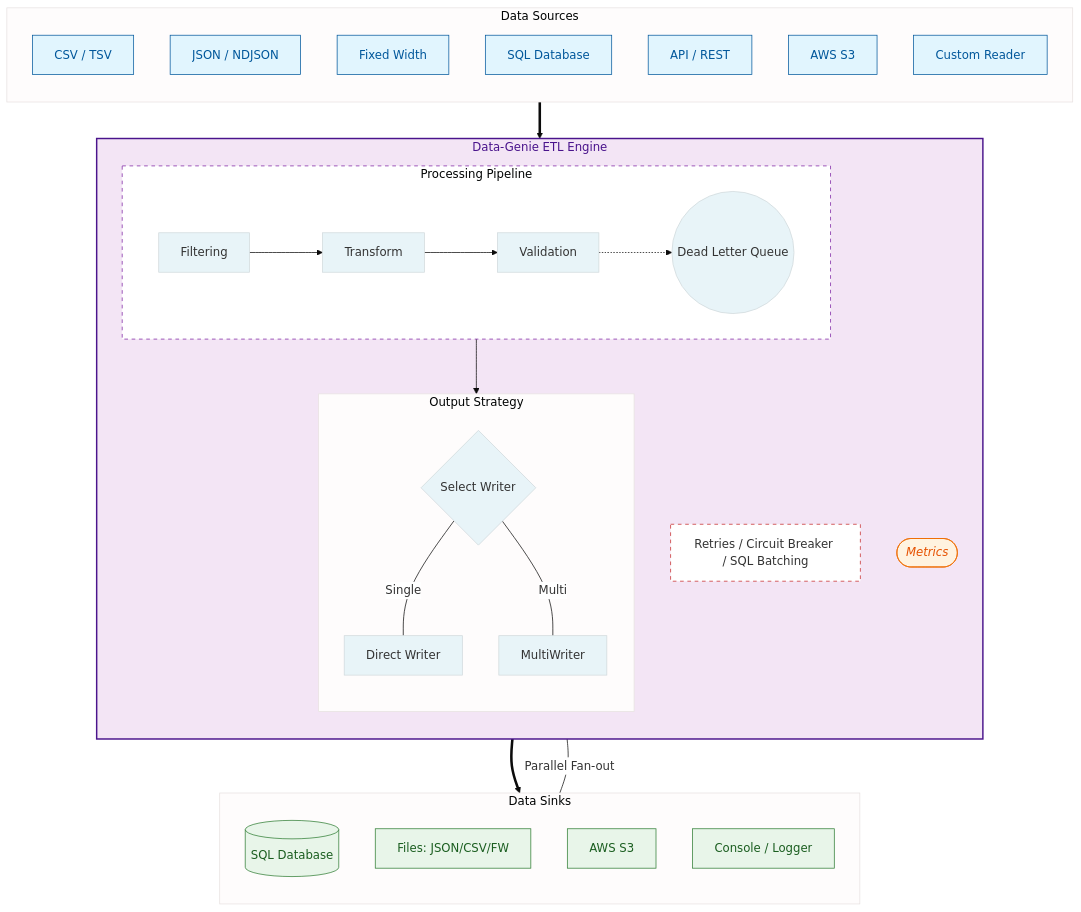
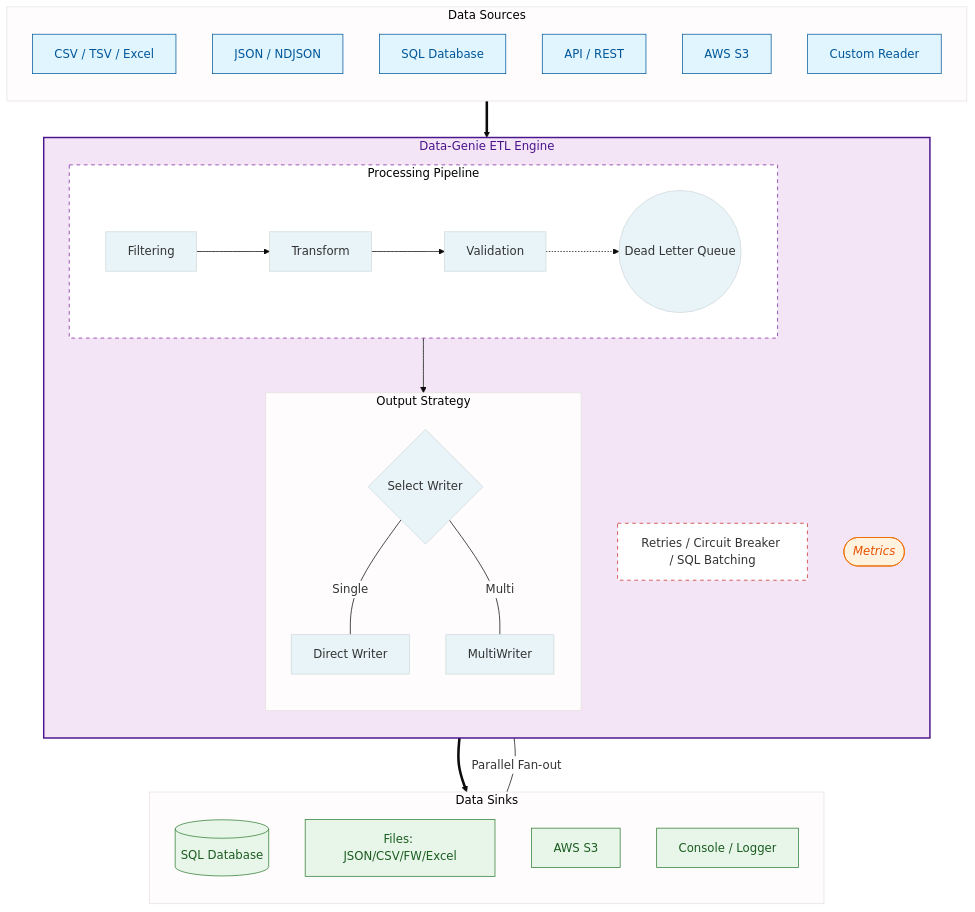
Before and after one commit to pujansrt/data-genie: the diagram in README.md, drawn with Mermaid. The commit also changed other lines of this file and 10 other files, not shown here.

Commit message:
add excel reader and writer with checks in case dev did not install s3 or exceljs

````diff
--- a/README.md
+++ b/README.md
@@ -12,65 +12,64 @@
 ```mermaid
 %%{init: { 'theme': 'base', 'themeVariables': { 'primaryColor': '#E8F4F8', 'actorBkg': '#D2E4F9', 'edgeLabelBackground':'#ffffff', 'noteBkgColor': '#FDF2D4', 'noteBorderColor': '#F1C40F'}}}%%
 
 graph TD
     %% Data Sources
     subgraph Inputs [Data Sources]
         direction TB
-        I1[CSV / TSV]
+        I1[CSV / TSV / Excel]
         I2[JSON / NDJSON]
-        I3[Fixed Width]
-        I4[SQL Database]
-        I5[API / REST]
-        I6[AWS S3]
-        I7[Custom Reader]
+        I3[SQL Database]
+        I4[API / REST]
+        I5[AWS S3]
+        I6[Custom Reader]
     end
 
     %% The Engine Core
     subgraph Core [Data-Genie ETL Engine]
         direction TB
         
         subgraph Pipeline [Processing Pipeline]
             direction LR
             F[Filtering] --> T[Transform]
             T --> V[Validation]
             V -.-> DLQ((Dead Letter Queue))
         end
 
         subgraph OutputDist [Output Strategy]
             direction TB
             V --> Choice{Select Writer}
             Choice -- Single --- DW[Direct Writer]
             Choice -- Multi --- MW[MultiWriter]
         end
 
         Reliability[Retries / Circuit Breaker / SQL Batching]
         Metrics([Metrics])
     end
 
     %% Data Sinks
     subgraph Outputs [Data Sinks]
         direction TB
         O1[(SQL Database)]
-        O2[Files: JSON/CSV/FW]
+        O2[Files: JSON/CSV/FW/Excel]
         O3[AWS S3]
         O4[Console / Logger]
     end
 
     %% Main Flow
     Inputs ==> Core
     DW ==> Outputs
     MW -- Parallel Fan-out --- Outputs
 
     %% Color Theme & Styling
     style Core fill:#f3e5f5,stroke:#4a148c,stroke-width:2px,color:#4a148c
     style Pipeline fill:#ffffff,stroke:#7b1fa2,stroke-dasharray: 5 5
     style Reliability fill:#ffffff,stroke:#c62828,stroke-dasharray: 5 5
     
     classDef source fill:#e1f5fe,stroke:#01579b,color:#01579b
     classDef sink fill:#e8f5e9,stroke:#2e7d32,color:#1b5e20
     classDef feature fill:#fff3e0,stroke:#ef6c00,color:#e65100,font-style:italic
     
-    class I1,I2,I3,I4,I5,I6,I7 source
-    class O1,O2,O3,O4,O5,O6 sink
-    class Metrics,BP feature
+    class I1,I2,I3,I4,I5,I6 source
+    class O1,O2,O3,O4 sink
+    class Metrics feature
 ```
````
